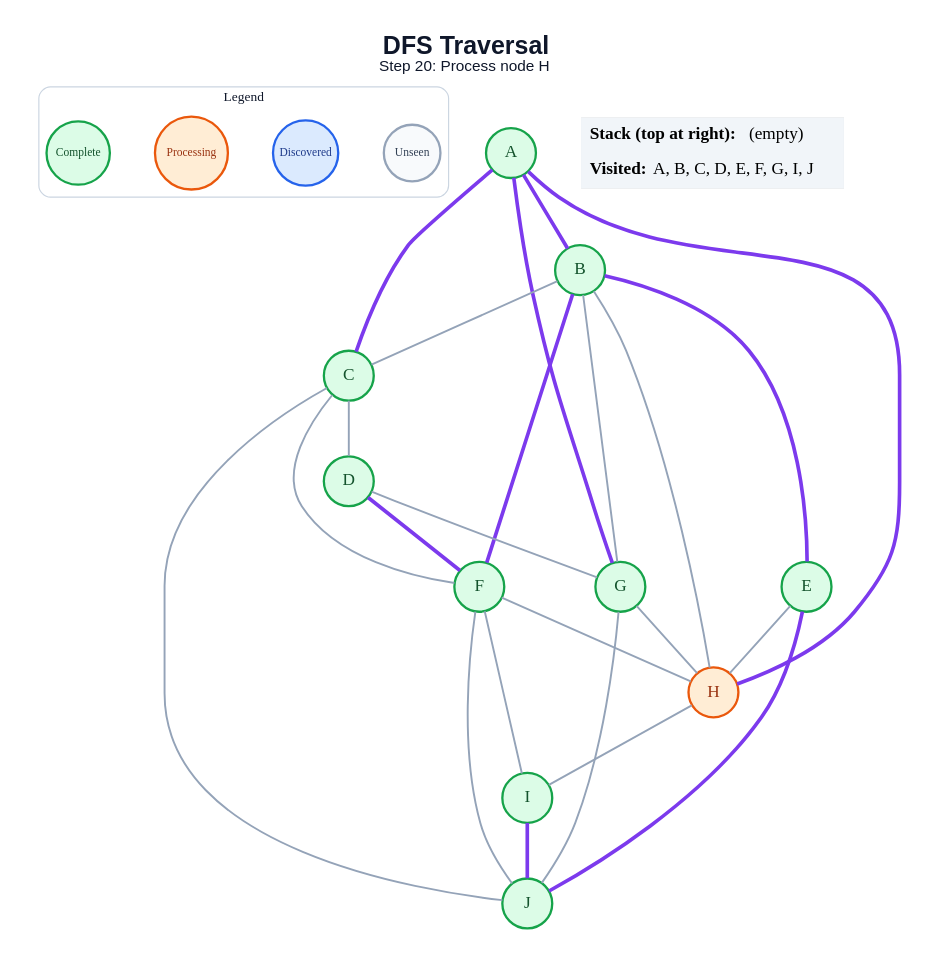
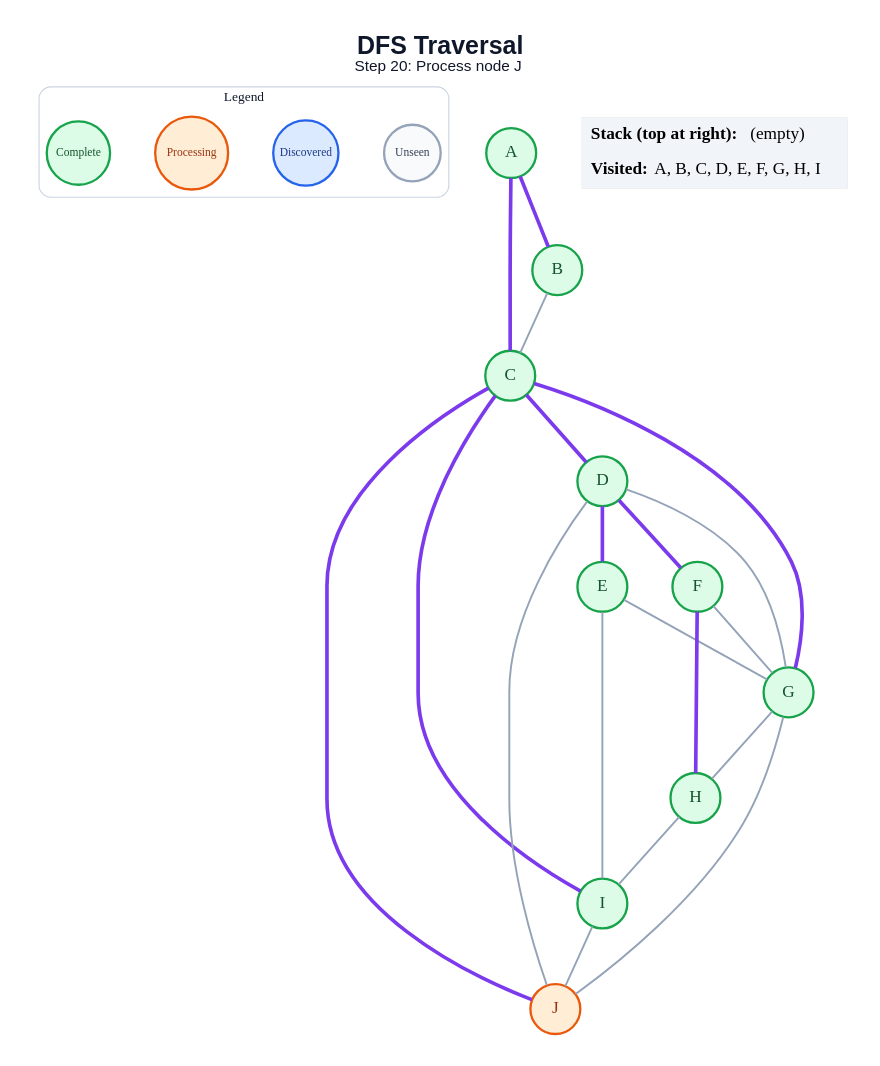
Before and after one commit to anon7238593-create/ai-slop: the diagram in generated/dfs/step_20.dot, drawn with Graphviz. The commit also changed 171 other files, not shown here.

```diff
--- a/generated/dfs/step_20.dot
+++ b/generated/dfs/step_20.dot
@@ -1,52 +1,48 @@
 graph traversal {
   graph [layout=dot, rankdir=TB, bgcolor="#FFFFFF", pad="0.35", nodesep="0.65", ranksep="0.8", fontname="Arial"];
   node [shape=circle, style="filled", fontname="Arial Bold", fontsize=18, width=0.72, fixedsize=true, penwidth=2.4];
   edge [color="#94A3B8", penwidth=2.0];
-  label=<<B>DFS Traversal</B><BR/><FONT POINT-SIZE="16">Step 20: Process node H</FONT>>; labelloc="t"; fontsize=26; fontname="Arial"; fontcolor="#0F172A";
+  label=<<B>DFS Traversal</B><BR/><FONT POINT-SIZE="16">Step 20: Process node J</FONT>>; labelloc="t"; fontsize=26; fontname="Arial"; fontcolor="#0F172A";
   subgraph cluster_legend { label="Legend"; color="#CBD5E1"; penwidth=1.2; style="rounded"; fontsize=14; fontname="Arial Bold";
     key_unseen [label="Unseen", fillcolor="#F8FAFC", color="#94A3B8", fontcolor="#334155", fontsize=12, width=0.82];
     key_frontier [label="Discovered", fillcolor="#DBEAFE", color="#2563EB", fontcolor="#1E3A8A", fontsize=12, width=0.95];
     key_current [label="Processing", fillcolor="#FFEDD5", color="#EA580C", fontcolor="#9A3412", fontsize=12, width=1.05];
     key_done [label="Complete", fillcolor="#DCFCE7", color="#16A34A", fontcolor="#14532D", fontsize=12, width=0.92];
     { rank=same; key_unseen; key_frontier; key_current; key_done; }
   }
   A [fillcolor="#DCFCE7", color="#16A34A", fontcolor="#14532D"];
   B [fillcolor="#DCFCE7", color="#16A34A", fontcolor="#14532D"];
   C [fillcolor="#DCFCE7", color="#16A34A", fontcolor="#14532D"];
   D [fillcolor="#DCFCE7", color="#16A34A", fontcolor="#14532D"];
   E [fillcolor="#DCFCE7", color="#16A34A", fontcolor="#14532D"];
   F [fillcolor="#DCFCE7", color="#16A34A", fontcolor="#14532D"];
   G [fillcolor="#DCFCE7", color="#16A34A", fontcolor="#14532D"];
-  H [fillcolor="#FFEDD5", color="#EA580C", fontcolor="#9A3412"];
+  H [fillcolor="#DCFCE7", color="#16A34A", fontcolor="#14532D"];
   I [fillcolor="#DCFCE7", color="#16A34A", fontcolor="#14532D"];
-  J [fillcolor="#DCFCE7", color="#16A34A", fontcolor="#14532D"];
+  J [fillcolor="#FFEDD5", color="#EA580C", fontcolor="#9A3412"];
   A -- B [color="#7C3AED", penwidth=3.8];
   A -- C [color="#7C3AED", penwidth=3.8];
-  A -- G [color="#7C3AED", penwidth=3.8];
-  A -- H [color="#7C3AED", penwidth=3.8];
   B -- C;
-  B -- E [color="#7C3AED", penwidth=3.8];
-  B -- F [color="#7C3AED", penwidth=3.8];
-  B -- G;
-  B -- H;
-  C -- D;
-  C -- F;
-  C -- J;
+  C -- D [color="#7C3AED", penwidth=3.8];
+  C -- G [color="#7C3AED", penwidth=3.8];
+  C -- I [color="#7C3AED", penwidth=3.8];
+  C -- J [color="#7C3AED", penwidth=3.8];
+  D -- E [color="#7C3AED", penwidth=3.8];
   D -- F [color="#7C3AED", penwidth=3.8];
   D -- G;
-  E -- H;
-  E -- J [color="#7C3AED", penwidth=3.8];
-  F -- H;
-  F -- I;
-  F -- J;
+  D -- J;
+  E -- G;
+  E -- I;
+  F -- G;
+  F -- H [color="#7C3AED", penwidth=3.8];
   G -- H;
   G -- J;
   H -- I;
-  I -- J [color="#7C3AED", penwidth=3.8];
+  I -- J;
   status [shape=plain, fixedsize=false, width=0, height=0, margin=0, label=<
     <TABLE BORDER="0" CELLBORDER="0" CELLPADDING="7" BGCOLOR="#F1F5F9">
       <TR><TD ALIGN="LEFT"><B>Stack (top at right):</B> (empty)</TD></TR>
-      <TR><TD ALIGN="LEFT"><B>Visited:</B> A, B, C, D, E, F, G, I, J</TD></TR>
+      <TR><TD ALIGN="LEFT"><B>Visited:</B> A, B, C, D, E, F, G, H, I</TD></TR>
     </TABLE>
   >];
 }
```
